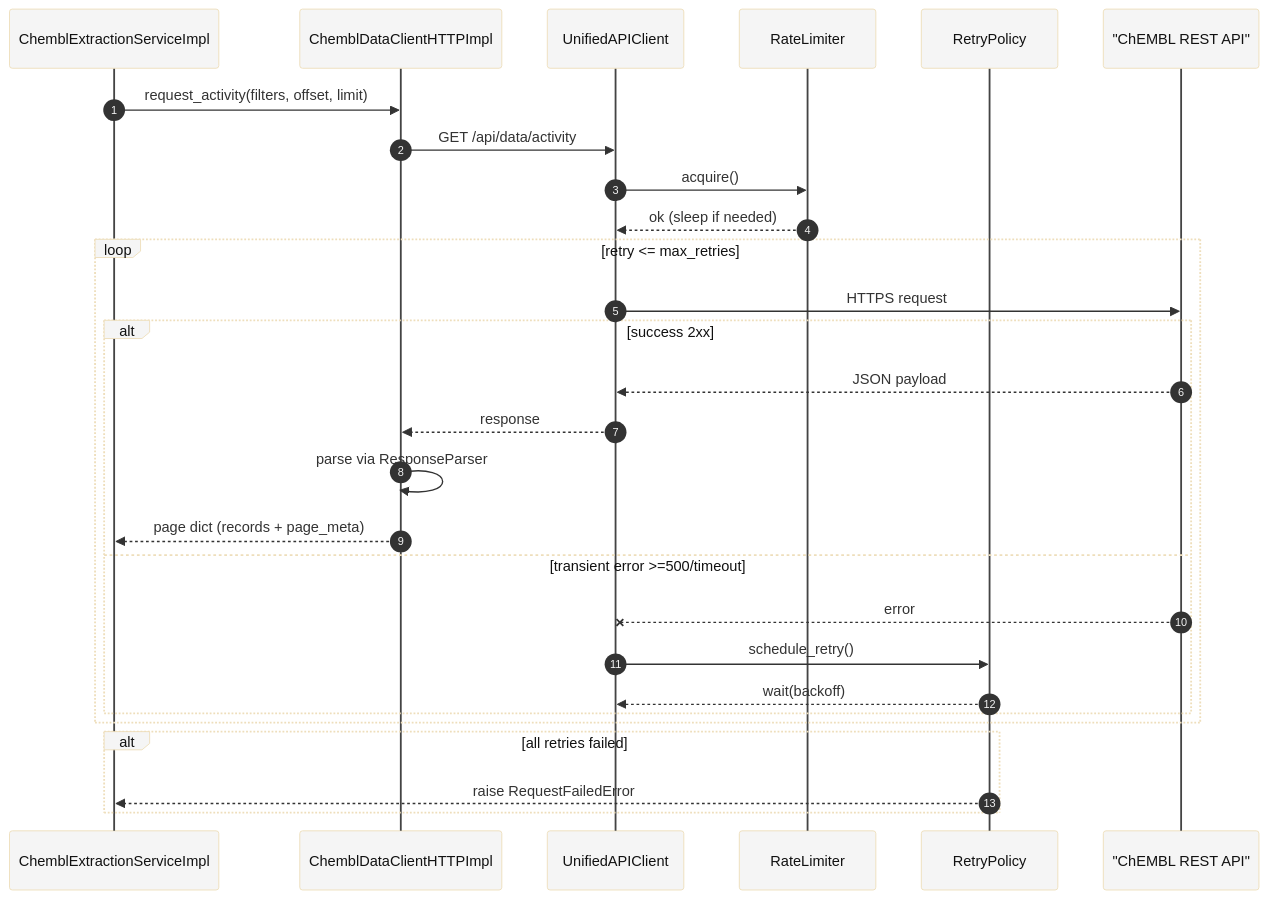
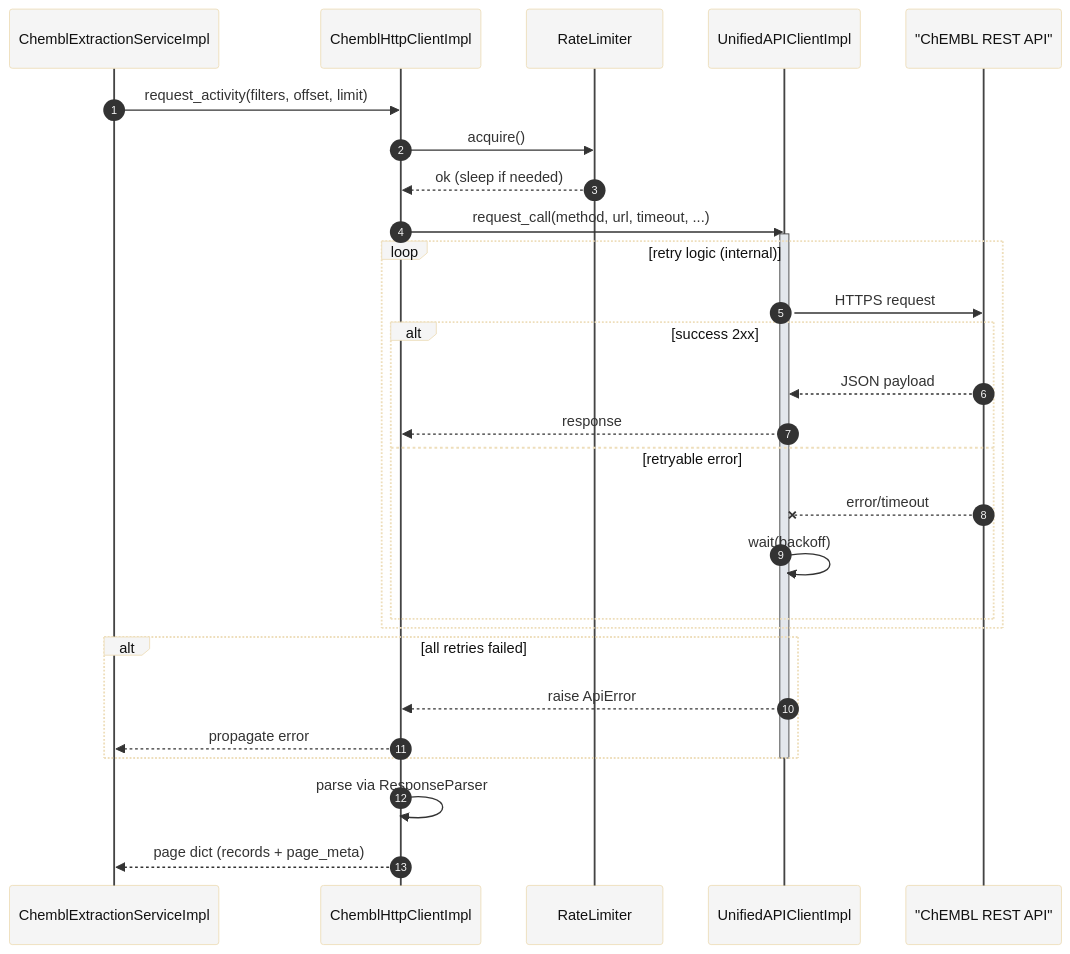
One commit to SatoryKono/BioactivityDataAcquisition changed the diagram in docs/architecture/diagrams/sequence/chembl-api-request-sequence.mmd. Above: the diagram before and after it, drawn with Mermaid. The commit also changed 8 other files, not shown here.

```diff
--- a/docs/architecture/diagrams/sequence/chembl-api-request-sequence.mmd
+++ b/docs/architecture/diagrams/sequence/chembl-api-request-sequence.mmd
@@ -1,40 +1,41 @@
 %%{init: {
   "theme": "base",
   "themeVariables": {
     "actorLineColor": "#444",
     "actorTextColor": "#111",
     "actorBkg": "#f5f5f5",
     "actorFontSize": "18px",
     "activationBkgColor": "#e3e7ec",
     "activationBorderColor": "#444"
   }
 }}%%
 sequenceDiagram
     autonumber
     participant Extraction as ChemblExtractionServiceImpl
-    participant Client as ChemblDataClientHTTPImpl
-    participant HTTP as UnifiedAPIClient
+    participant Client as ChemblHttpClientImpl
     participant Rate as RateLimiter
-    participant Retry as RetryPolicy
+    participant HTTP as UnifiedAPIClientImpl
     participant API as "ChEMBL REST API"
 
     Extraction->>Client: request_activity(filters, offset, limit)
-    Client->>HTTP: GET /api/data/activity
-    HTTP->>Rate: acquire()
-    Rate-->>HTTP: ok (sleep if needed)
-    loop retry <= max_retries
+    Client->>Rate: acquire()
+    Rate-->>Client: ok (sleep if needed)
+    Client->>HTTP: request_call(method, url, timeout, ...)
+    activate HTTP
+    loop retry logic (internal)
         HTTP->>API: HTTPS request
         alt success 2xx
             API-->>HTTP: JSON payload
             HTTP-->>Client: response
-            Client->>Client: parse via ResponseParser
-            Client-->>Extraction: page dict (records + page_meta)
-        else transient error >=500/timeout
-            API--x HTTP: error
-            HTTP->>Retry: schedule_retry()
-            Retry-->>HTTP: wait(backoff)
+        else retryable error
+            API--x HTTP: error/timeout
+            HTTP->>HTTP: wait(backoff)
         end
     end
     alt all retries failed
-        Retry-->>Extraction: raise RequestFailedError
+        HTTP-->>Client: raise ApiError
+        Client-->>Extraction: propagate error
     end
+    deactivate HTTP
+    Client->>Client: parse via ResponseParser
+    Client-->>Extraction: page dict (records + page_meta)
```
